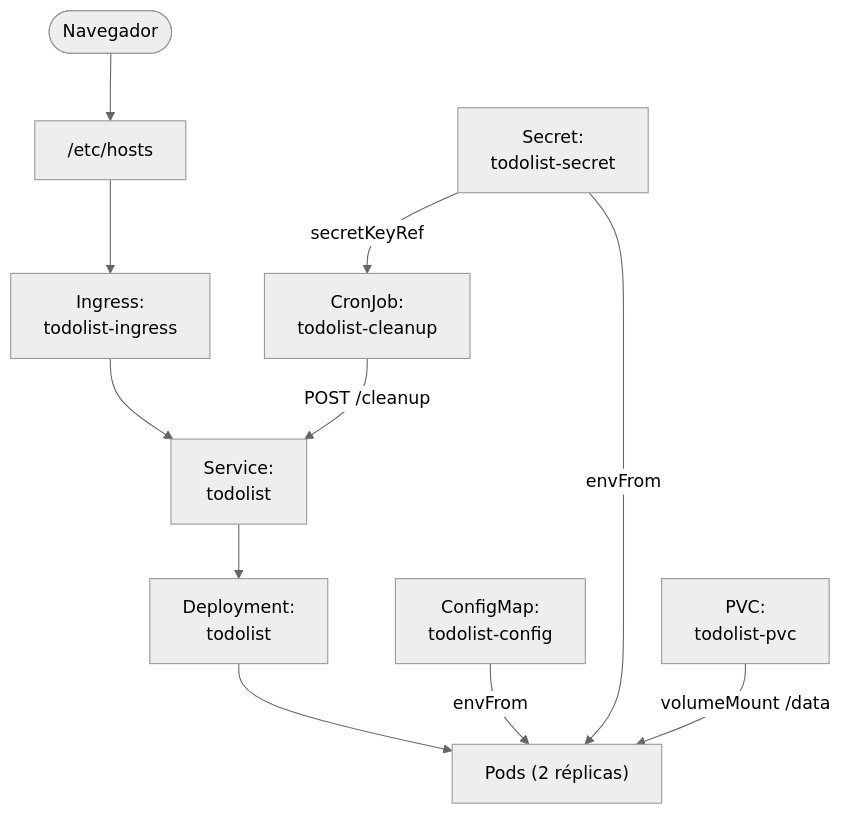
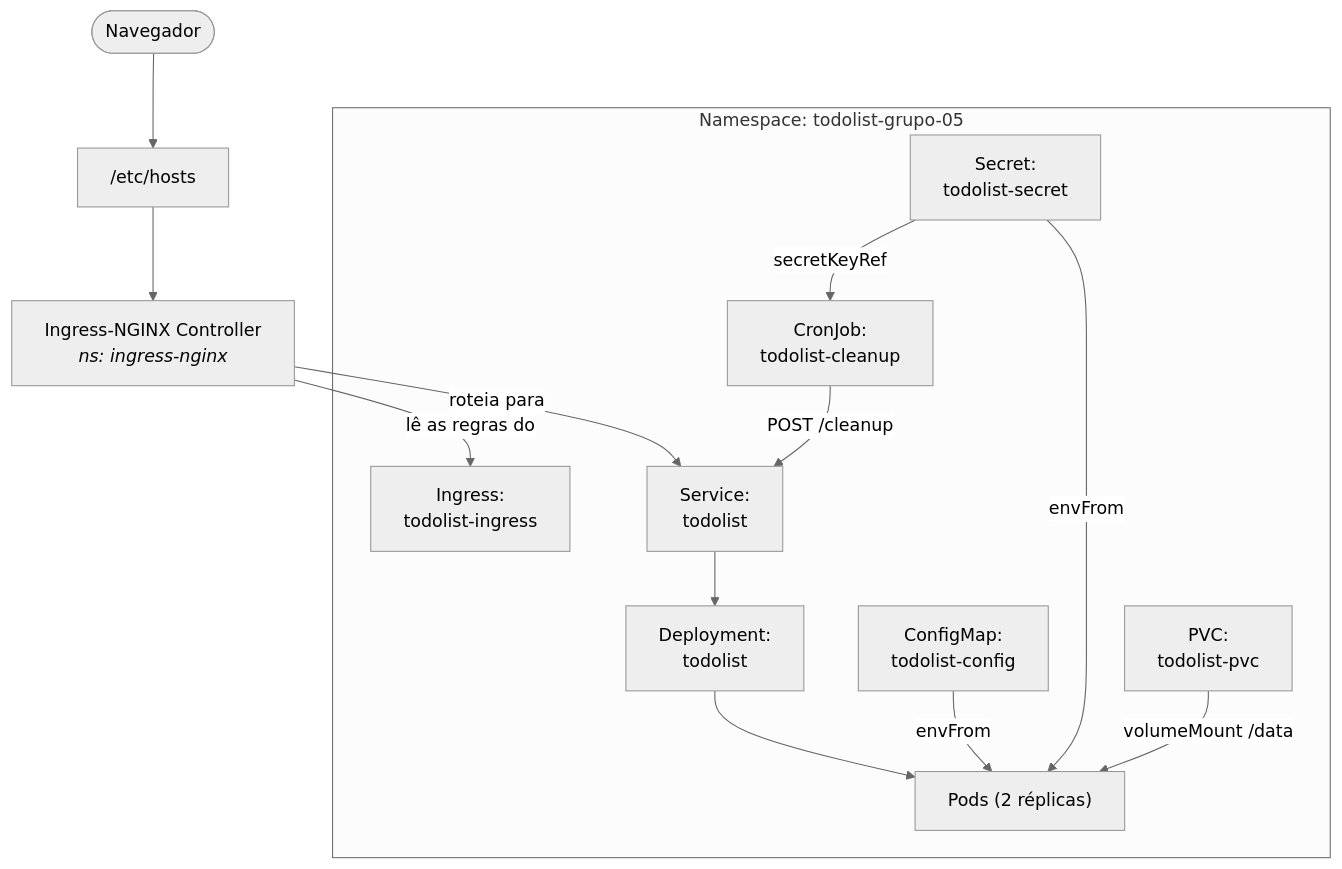
One commit to weynne/cesar-school-pos-devops-k8s-labs changed diagram 11 of 11 in README.md. Above: the diagram before and after it, drawn with Mermaid (neutral theme). The commit also changed other lines of this file, not shown here.

````diff
--- a/README.md
+++ b/README.md
@@ -312,20 +508,26 @@
 ```mermaid
 flowchart TD
     Browser(["Navegador"])
     Hosts["/etc/hosts"]
-    Ing["Ingress:<br/>todolist-ingress"]
-    SVC["Service:<br/>todolist"]
-    Deploy["Deployment:<br/>todolist"]
-    Pods["Pods (2 réplicas)"]
-    CM["ConfigMap:<br/>todolist-config"]
-    Sec["Secret:<br/>todolist-secret"]
-    PVC["PVC:<br/>todolist-pvc"]
-    Cron["CronJob:<br/>todolist-cleanup"]
+    IC["Ingress-NGINX Controller<br/><i>ns: ingress-nginx</i>"]
 
-    Browser --> Hosts --> Ing --> SVC --> Deploy --> Pods
+    subgraph NS["Namespace: todolist-grupo-05"]
+        Ing["Ingress:<br/>todolist-ingress"]
+        SVC["Service:<br/>todolist"]
+        Deploy["Deployment:<br/>todolist"]
+        Pods["Pods (2 réplicas)"]
+        CM["ConfigMap:<br/>todolist-config"]
+        Sec["Secret:<br/>todolist-secret"]
+        PVC["PVC:<br/>todolist-pvc"]
+        Cron["CronJob:<br/>todolist-cleanup"]
+    end
+
+    Browser --> Hosts --> IC
+    IC -->|lê as regras do| Ing
+    IC -->|roteia para| SVC --> Deploy --> Pods
     CM -->|envFrom| Pods
     Sec -->|envFrom| Pods
     PVC -->|volumeMount /data| Pods
     Sec -->|secretKeyRef| Cron
     Cron -->|POST /cleanup| SVC
 ```
````
